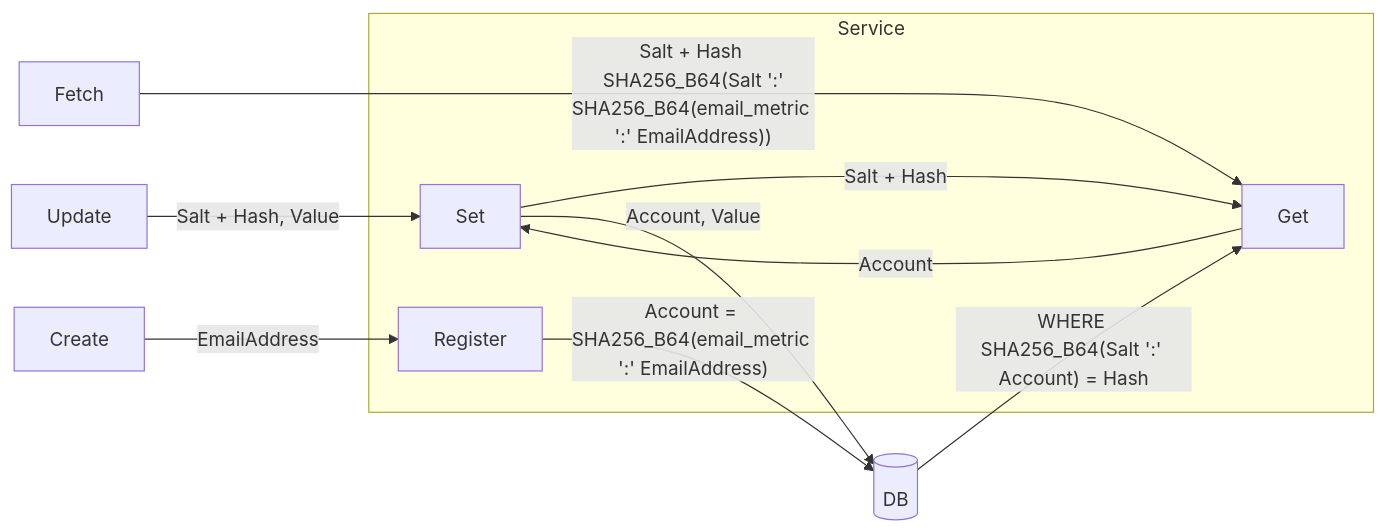
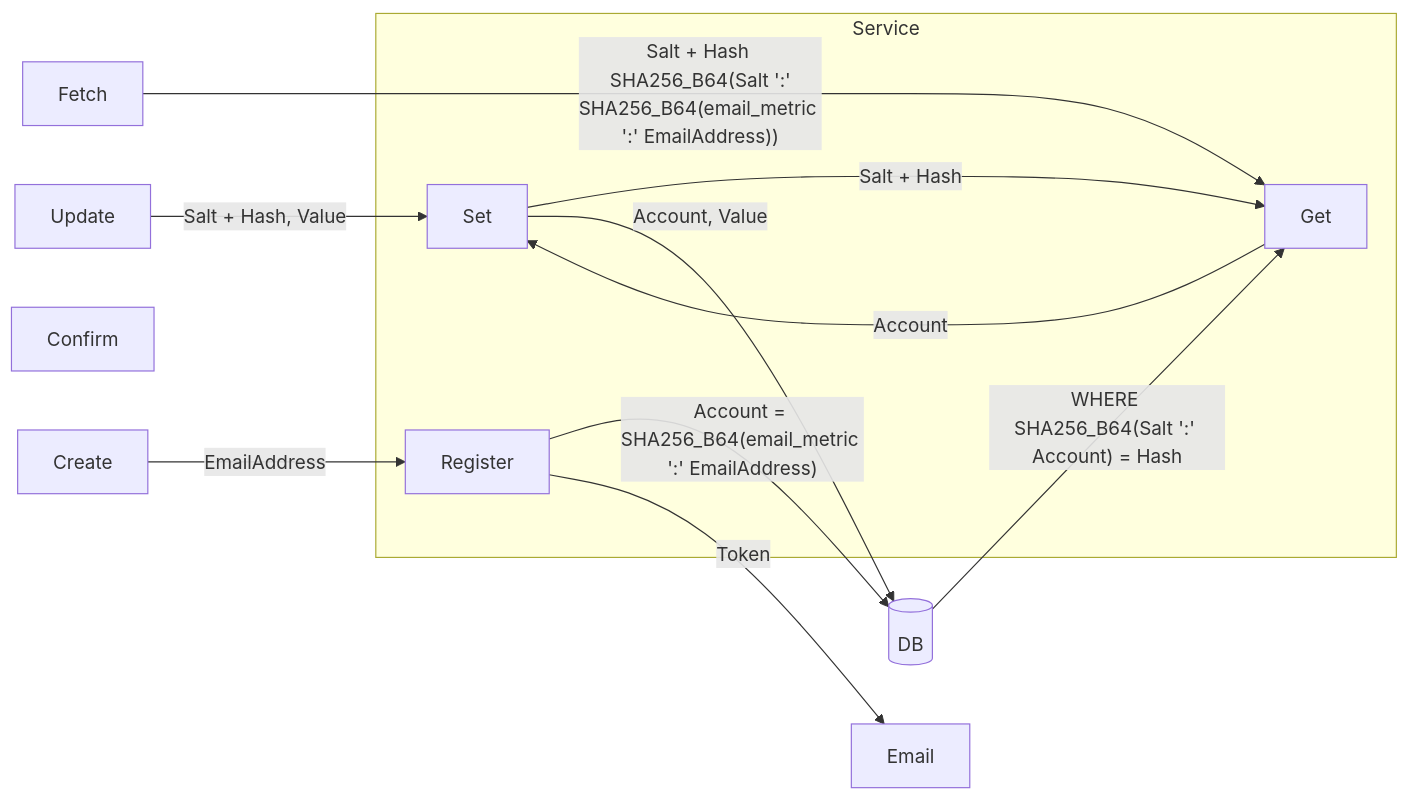
One commit to IFYates/Booksmart changed the diagram in dotnet/IFY.Booksmart.StorageAPI/Logic.md. Above: the diagram before and after it, drawn with Mermaid. The commit also changed 13 other files, not shown here.

```diff
--- a/dotnet/IFY.Booksmart.StorageAPI/Logic.md
+++ b/dotnet/IFY.Booksmart.StorageAPI/Logic.md
@@ -1,18 +1,20 @@
 :::mermaid
 graph LR
 
 
 subgraph Service
     Set -->|Salt + Hash| Get
     Register
     Get -->|Account| Set
 end
 
 Update -->|Salt + Hash, Value| Set
 Create -->|EmailAddress| Register
+Confirm
 Fetch ---->|"Salt + Hash <br> SHA256_B64(Salt ':' SHA256_B64(email_metric ':' EmailAddress))"| Get
 
 Set -->|Account, Value| DB
 DB[(DB)] -->|"WHERE SHA256_B64(Salt ':' Account) = Hash"| Get
 Register -->|"Account = SHA256_B64(email_metric ':' EmailAddress)"| DB
+Register -->|Token| Email
 :::
```
